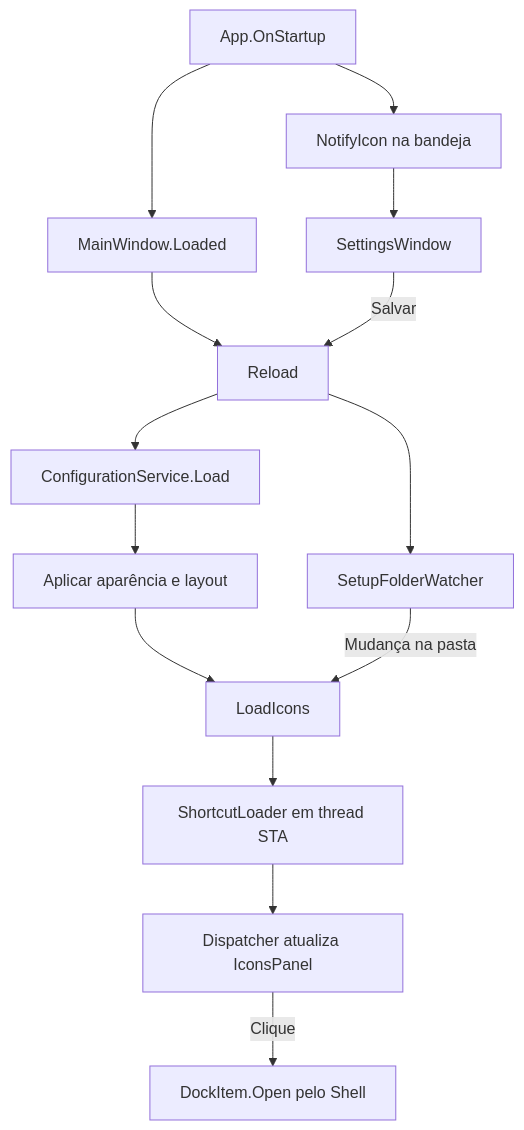
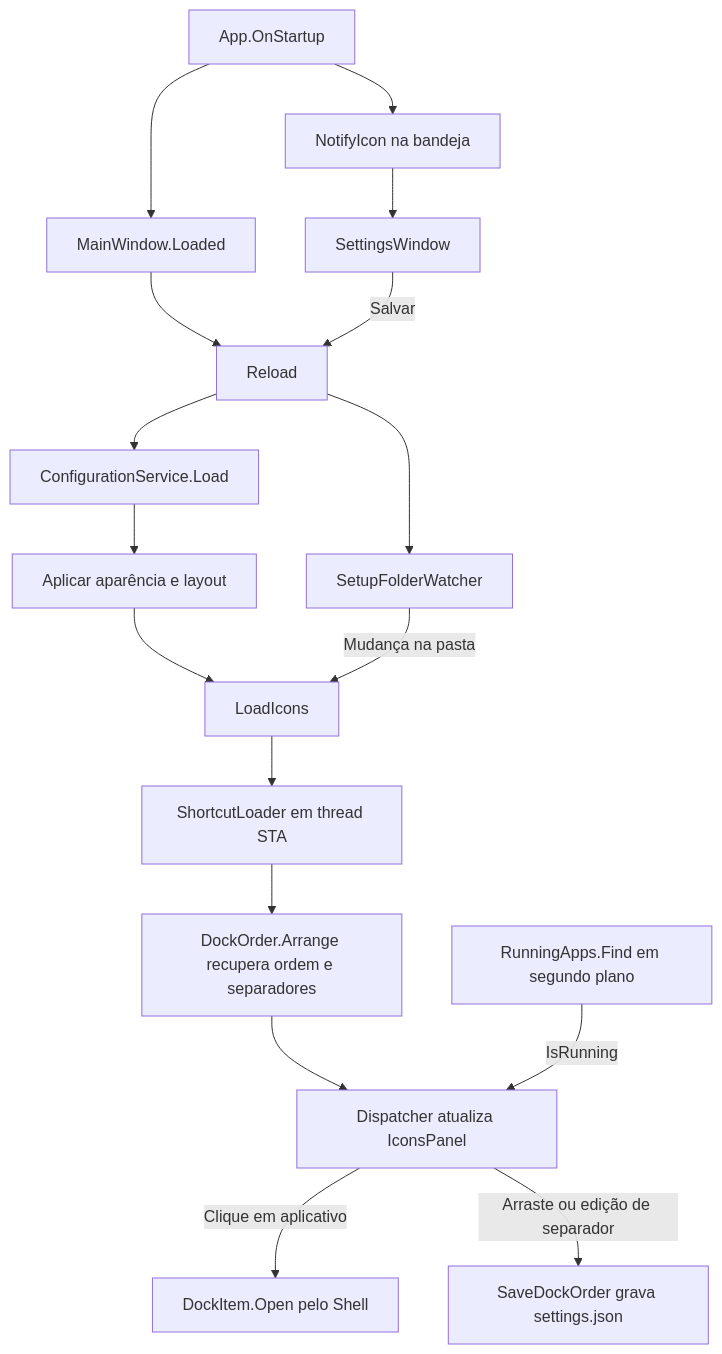
One commit to joaovitor86/DockApp changed the diagram in README.md. Above: the diagram before and after it, drawn with Mermaid. The commit also changed other lines of this file and 8 other files, not shown here.

````diff
--- a/README.md
+++ b/README.md
@@ -65,16 +77,19 @@
 ```mermaid
 flowchart TD
     A[App.OnStartup] --> B[MainWindow.Loaded]
     A --> T[NotifyIcon na bandeja]
     B --> C[Reload]
     C --> D[ConfigurationService.Load]
     D --> E[Aplicar aparência e layout]
     E --> F[LoadIcons]
     C --> G[SetupFolderWatcher]
     G -->|Mudança na pasta| F
     F --> H[ShortcutLoader em thread STA]
-    H --> I[Dispatcher atualiza IconsPanel]
-    I -->|Clique| J[DockItem.Open pelo Shell]
+    H --> O[DockOrder.Arrange recupera ordem e separadores]
+    O --> I[Dispatcher atualiza IconsPanel]
+    I -->|Clique em aplicativo| J[DockItem.Open pelo Shell]
+    I -->|Arraste ou edição de separador| S[SaveDockOrder grava settings.json]
+    R[RunningApps.Find em segundo plano] -->|IsRunning| I
     T --> K[SettingsWindow]
     K -->|Salvar| C
 ```
````
